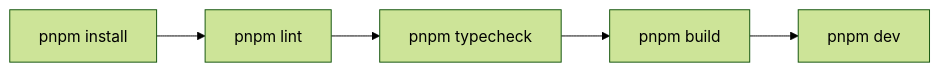
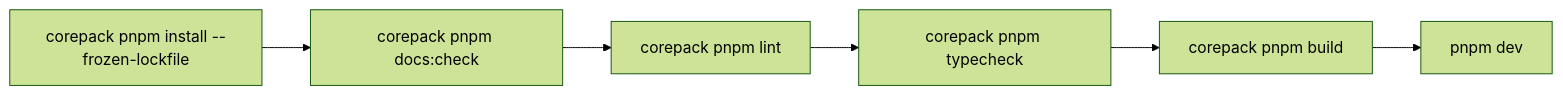
One commit to 369sup/worksync-hr changed the diagram in docs/06-devops/local-setup.md. Above: the diagram before and after it, drawn with Mermaid (forest theme). The commit also changed other lines of this file and 32 other files, not shown here.

Commit message:
Refine architecture docs and add docs check to CI

````diff
--- a/docs/06-devops/local-setup.md
+++ b/docs/06-devops/local-setup.md
@@ -23,7 +24,8 @@
 ```mermaid
 flowchart LR
-  Install[pnpm install] --> Lint[pnpm lint]
-  Lint --> Typecheck[pnpm typecheck]
-  Typecheck --> Build[pnpm build]
+  Install[corepack pnpm install --frozen-lockfile] --> Docs[corepack pnpm docs:check]
+  Docs --> Lint[corepack pnpm lint]
+  Lint --> Typecheck[corepack pnpm typecheck]
+  Typecheck --> Build[corepack pnpm build]
   Build --> Dev[pnpm dev]
 ```
````
